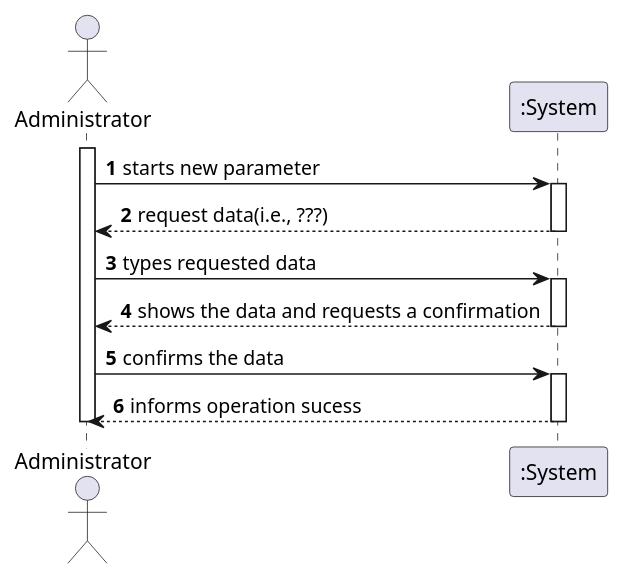
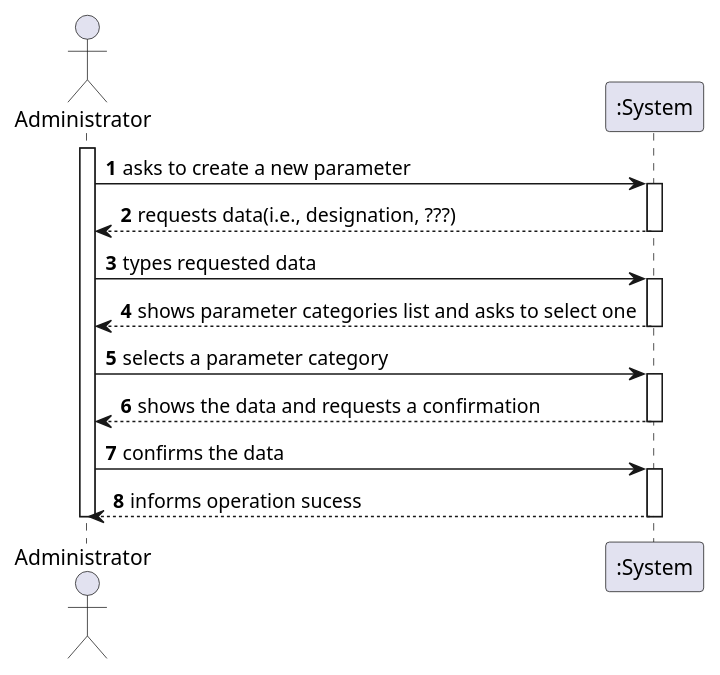
One commit to ana-albergaria/LAPR2-ISEP changed the diagram in docs/SprintB/US_10/US10_SSD.puml. Above: the diagram before and after it, drawn with PlantUML. The commit also changed 2 other files, not shown here.

Commit message:
Corrected US10 System Sequence Diagram and continued US10 Sequence Diagram.

```diff
--- a/docs/SprintB/US_10/US10_SSD.puml
+++ b/docs/SprintB/US_10/US10_SSD.puml
@@ -1,23 +1,28 @@
 @startuml
 autonumber
 actor "Administrator" as Adm
 
 activate Adm
-Adm-> ":System" : starts new parameter
+Adm-> ":System" : asks to create a new parameter
 activate ":System"
-":System" --> Adm : request data(i.e., ???)
+":System" --> Adm : requests data(i.e., designation, ???)
 deactivate ":System"
 
 Adm-> ":System" : types requested data
+activate ":System"
+":System" --> Adm : shows parameter categories list and asks to select one
+deactivate ":System"
+
+Adm-> ":System" : selects a parameter category
 activate ":System"
 ":System" --> Adm : shows the data and requests a confirmation
 deactivate ":System"
 
 Adm-> ":System" : confirms the data
 activate ":System"
 ":System" --> Adm : informs operation sucess
 deactivate ":System"
 
 deactivate Adm
 
 @enduml
```
